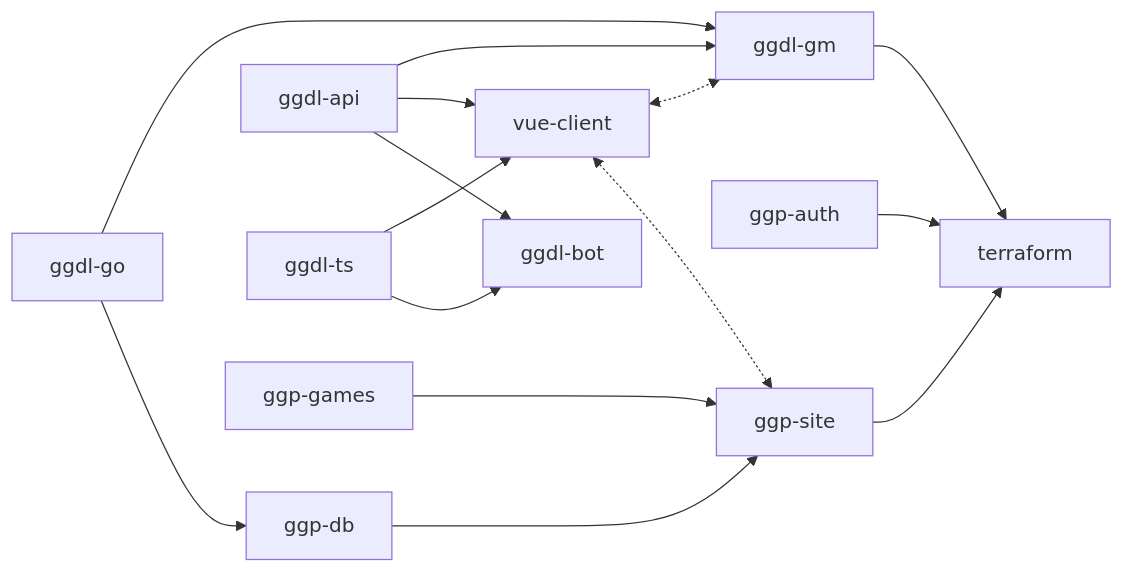
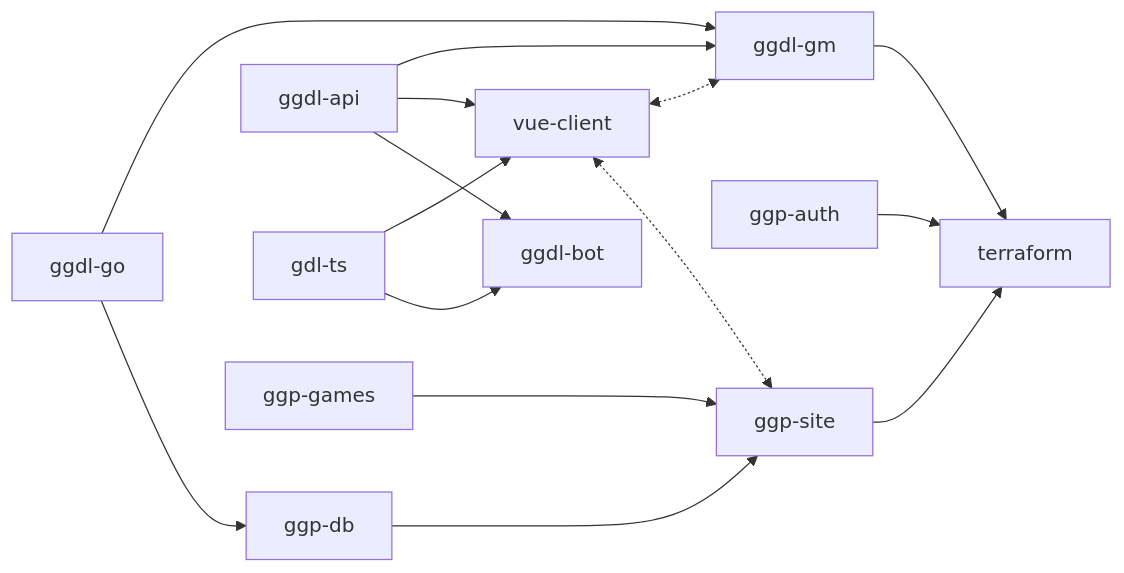
Before and after one commit to SymbolNotFound/.github: the diagram in profile/README.md, drawn with Mermaid. The commit also changed other lines of this file, not shown here.

````diff
--- a/profile/README.md
+++ b/profile/README.md
@@ -63,14 +63,14 @@
 ```mermaid
 graph LR;
     ggdl-go-->ggp-db;
     ggdl-go-->ggdl-gm;
     ggp-auth-->terraform;
     ggp-db--->ggp-site;
-    ggdl-api & ggdl-ts --> ggdl-bot & vue-client;
+    ggdl-api & gdl-ts --> ggdl-bot & vue-client;
     vue-client <-.-> ggp-site;
     vue-client <-.-> ggdl-gm;
     ggdl-api-->ggdl-gm;
     ggp-games--->ggp-site;
     ggp-site-->terraform;
     ggdl-gm-->terraform;
 ```
````
